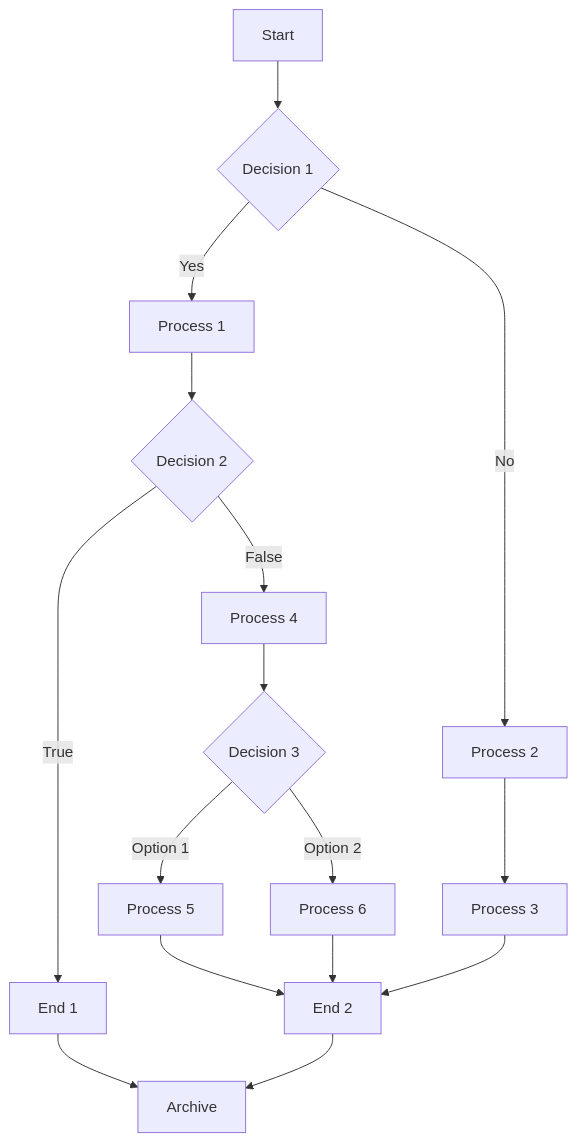
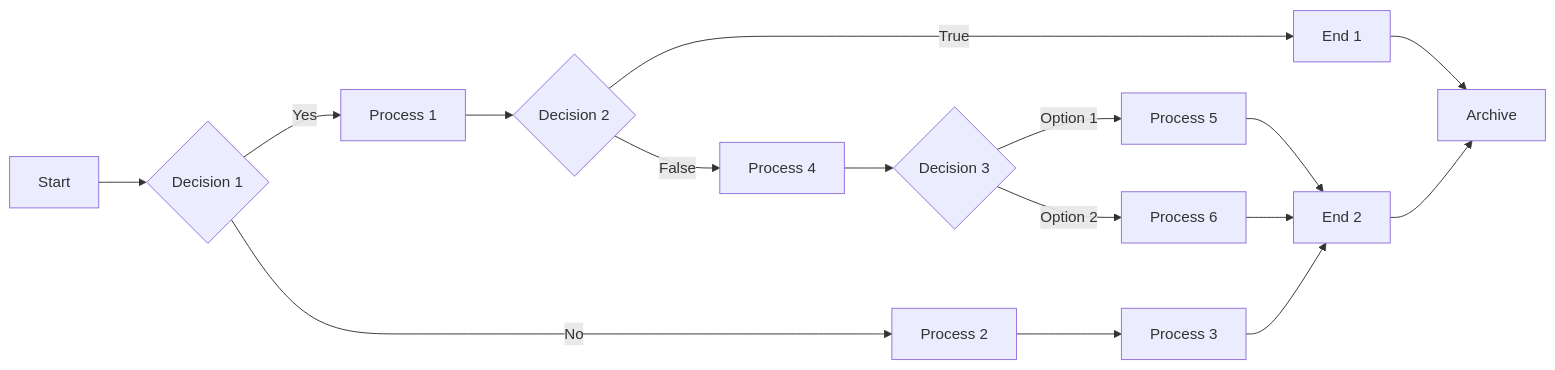
The diagram in test/COMPREHENSIVE-GUIDE.md (abdxdev/markdown-latex-pdf-builder), drawn with Mermaid before and after one commit. The commit also changed other lines of this file and 5 other files, not shown here.

````diff
--- a/test/COMPREHENSIVE-GUIDE.md
+++ b/test/COMPREHENSIVE-GUIDE.md
@@ -222,18 +222,18 @@
 ```mermaid
-graph TD;
+graph LR;
   A[Start] --> B{Decision 1};
   B -- Yes --> C[Process 1];
   B -- No  --> D[Process 2];
   C --> E{Decision 2};
   D --> F[Process 3];
   E -- True --> G[End 1];
   E -- False --> H[Process 4];
   H --> I{Decision 3};
   I -- Option 1 --> J[Process 5];
   I -- Option 2 --> K[Process 6];
   J --> L[End 2];
   K --> L;
   F --> L;
   G --> M[Archive];
   L --> M;
 ```
````
